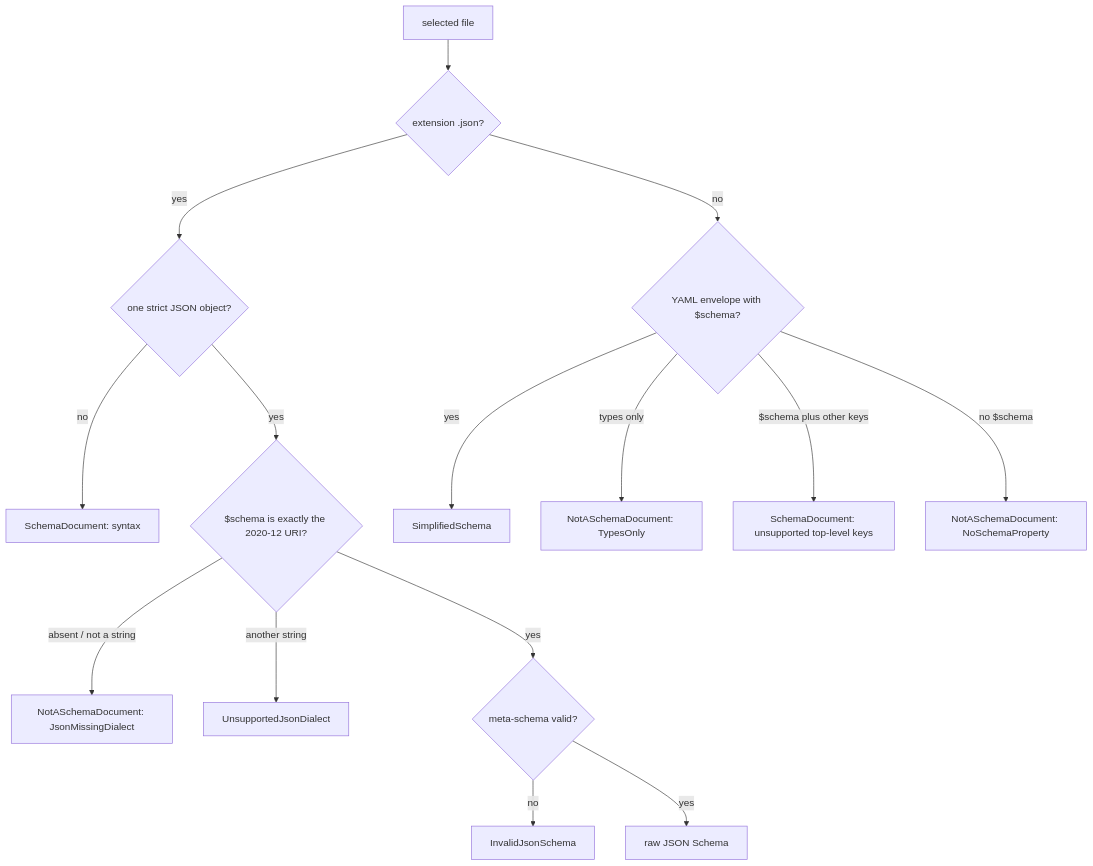
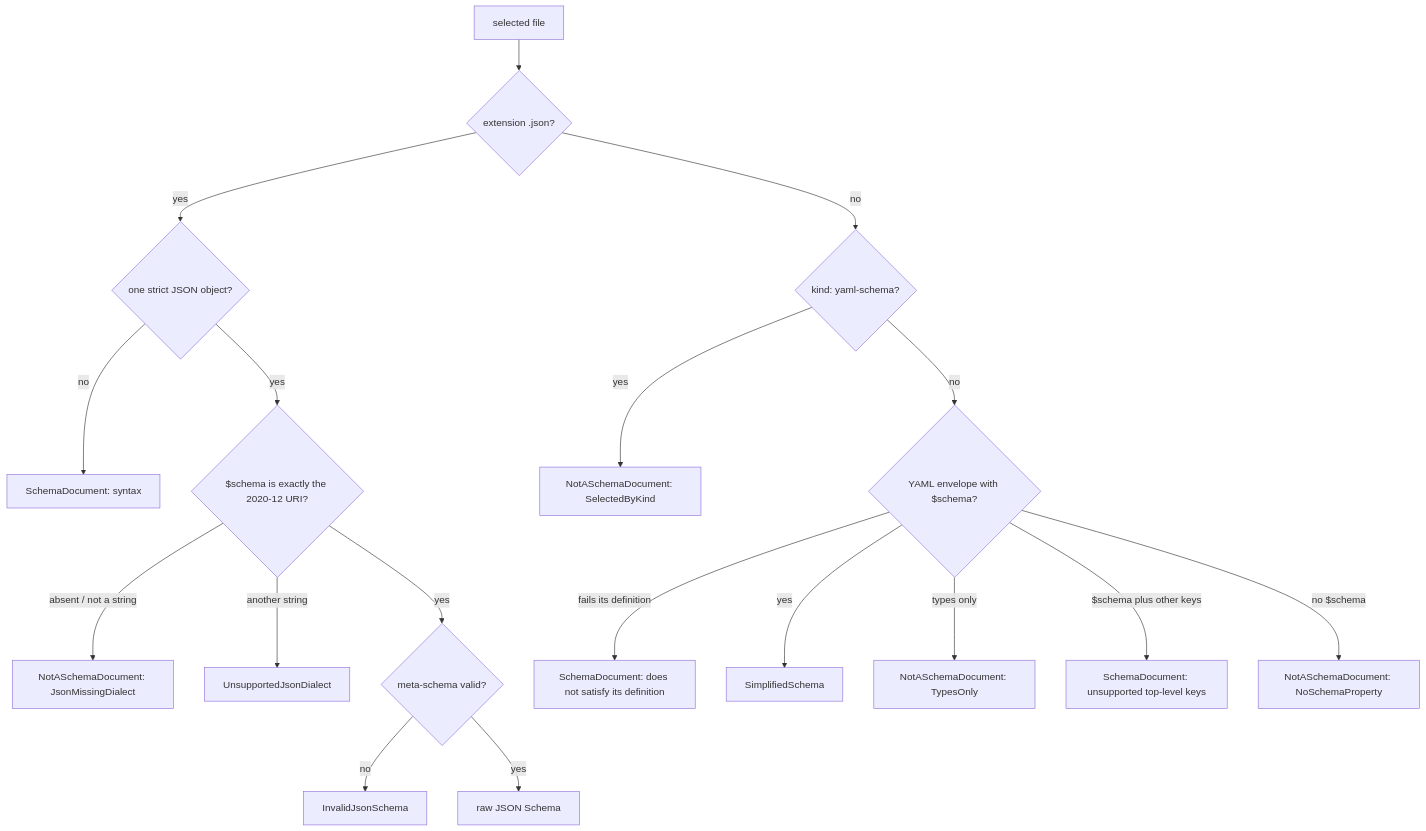
Before and after one commit to yankeeinlondon/rusty-biscuit: the second of 3 diagrams in simplified-schema/docs/topics/language/schema-documents.md, drawn with Mermaid. The commit also changed other lines of this file and 20 other files, not shown here.

First line of the commit message:
docs(simplified-schema): document schema extraction and narrowing

````diff
--- a/simplified-schema/docs/topics/language/schema-documents.md
+++ b/simplified-schema/docs/topics/language/schema-documents.md
@@ -71,17 +73,20 @@
 ```mermaid
 flowchart TD
     F[selected file] --> X{extension .json?}
     X -->|yes| J{one strict JSON object?}
     J -->|no| SD[SchemaDocument: syntax]
     J -->|yes| D{"$schema is exactly the 2020-12 URI?"}
     D -->|absent / not a string| NM[NotASchemaDocument: JsonMissingDialect]
     D -->|another string| UD[UnsupportedJsonDialect]
     D -->|yes| M{meta-schema valid?}
     M -->|no| IJ[InvalidJsonSchema]
     M -->|yes| OKJ[raw JSON Schema]
-    X -->|no| Y{YAML envelope with $schema?}
+    X -->|no| K{kind: yaml-schema?}
+    K -->|yes| SK[NotASchemaDocument: SelectedByKind]
+    K -->|no| Y{YAML envelope with $schema?}
+    Y -->|fails its definition| AD[SchemaDocument: does not satisfy its definition]
     Y -->|yes| OKY[SimplifiedSchema]
     Y -->|types only| TO[NotASchemaDocument: TypesOnly]
     Y -->|$schema plus other keys| UK[SchemaDocument: unsupported top-level keys]
     Y -->|no $schema| NS[NotASchemaDocument: NoSchemaProperty]
 ```
````
